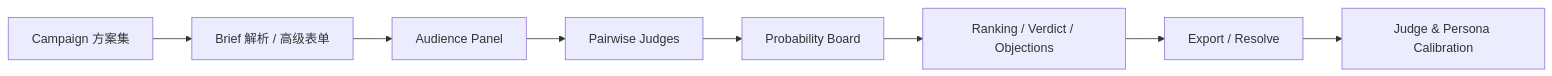
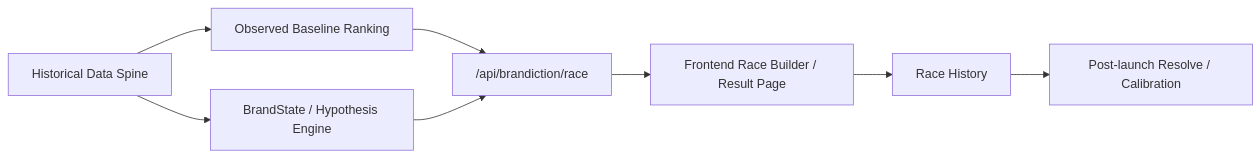
Before and after one commit to fantasyslr/MiroFishmoody: the diagram in README.md, drawn with Mermaid. The commit also changed other lines of this file and 1 other file, not shown here.

Commit message:
docs: reframe readmes around brandiction v3

````diff
--- a/README.md
+++ b/README.md
@@ -86,10 +103,10 @@
 ```mermaid
 flowchart LR
-  A["Campaign 方案集"] --> B["Brief 解析 / 高级表单"]
-  B --> C["Audience Panel"]
-  C --> D["Pairwise Judges"]
-  D --> E["Probability Board"]
-  E --> F["Ranking / Verdict / Objections"]
-  F --> G["Export / Resolve"]
-  G --> H["Judge & Persona Calibration"]
+  A["Historical Data Spine"] --> B["Observed Baseline Ranking"]
+  A --> C["BrandState / Hypothesis Engine"]
+  B --> D["/api/brandiction/race"]
+  C --> D
+  D --> E["Frontend Race Builder / Result Page"]
+  E --> F["Race History"]
+  F --> G["Post-launch Resolve / Calibration"]
 ```
````
